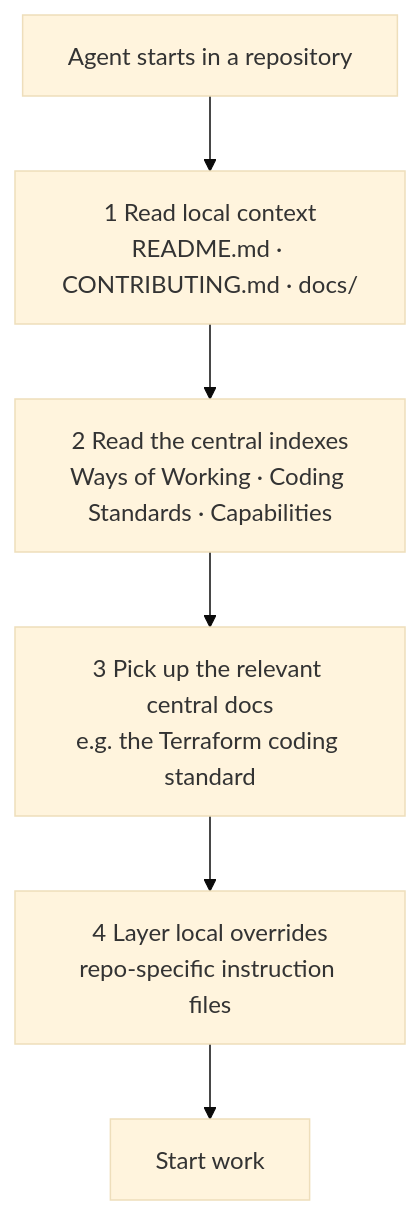
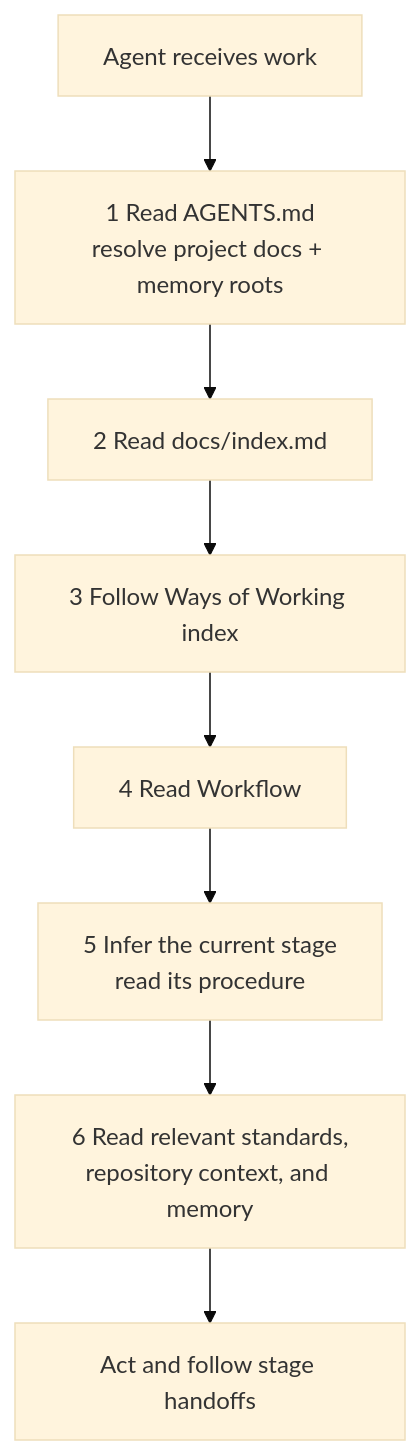
The diagram in src/docs/Ways-of-Working/Agentic-Development.md (MSXOrg/docs), drawn with Mermaid (base theme) before and after one commit. The commit also changed other lines of this file and 10 other files, not shown here.

Commit message:
📖 [Docs]: Discover workflow from root indexes

````diff
--- a/src/docs/Ways-of-Working/Agentic-Development.md
+++ b/src/docs/Ways-of-Working/Agentic-Development.md
@@ -31,8 +31,10 @@
 ```mermaid
 flowchart TD
-  agent["Agent starts in a repository"] --> local["1 Read local context<br/>README.md · CONTRIBUTING.md · docs/"]
-  local --> index["2 Read the central indexes<br/>Ways of Working · Coding Standards · Capabilities"]
-  index --> pick["3 Pick up the relevant central docs<br/>e.g. the Terraform coding standard"]
-  pick --> nuance["4 Layer local overrides<br/>repo-specific instruction files"]
-  nuance --> work["Start work"]
+  task["Agent receives work"] --> pointer["1 Read AGENTS.md<br/>resolve project docs + memory roots"]
+  pointer --> root["2 Read docs/index.md"]
+  root --> ways["3 Follow Ways of Working index"]
+  ways --> workflow["4 Read Workflow"]
+  workflow --> stage["5 Infer the current stage<br/>read its procedure"]
+  stage --> context["6 Read relevant standards,<br/>repository context, and memory"]
+  context --> work["Act and follow stage handoffs"]
 ```
````
